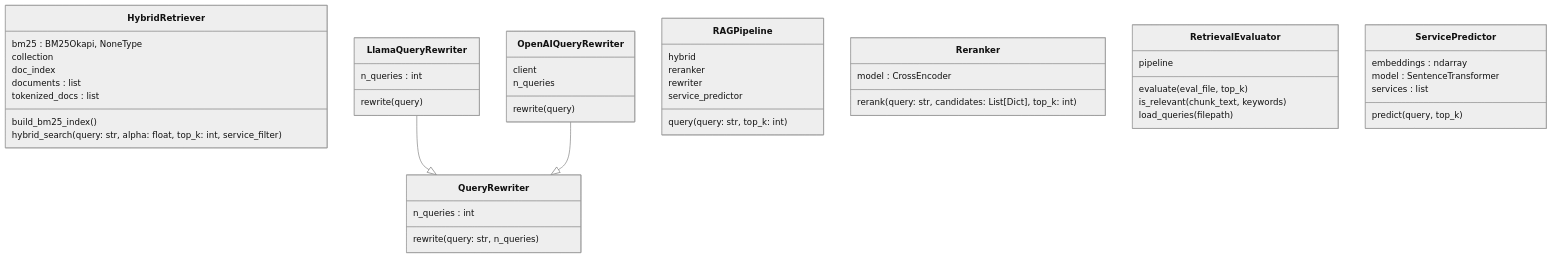
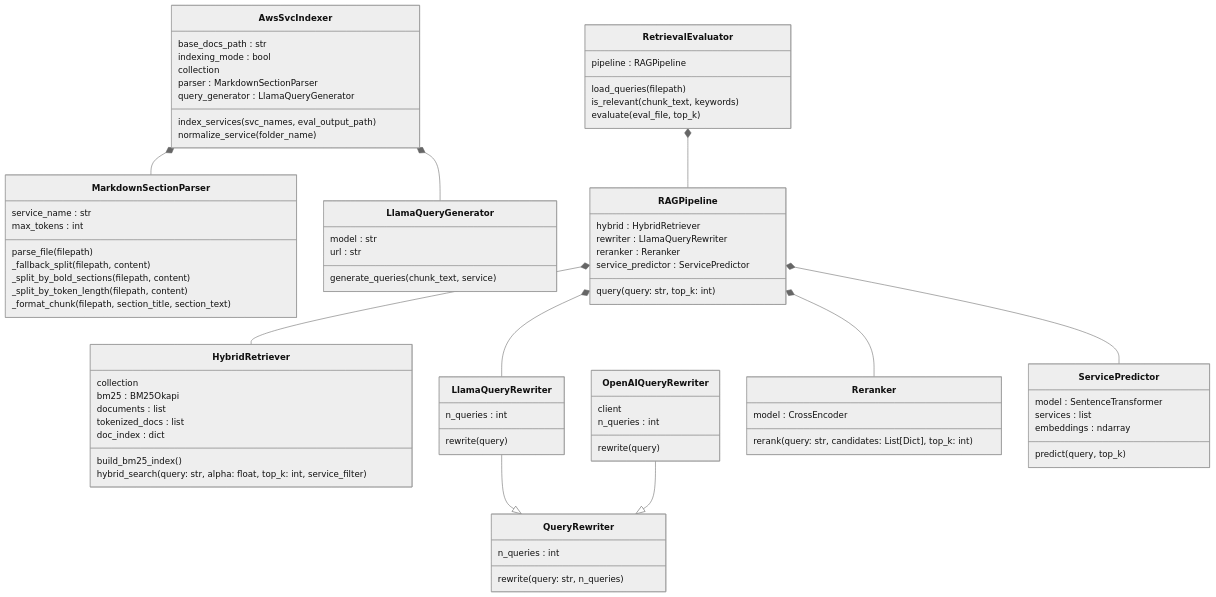
The diagram in docs/classes.mmd (shijujt/total-recall), drawn with Mermaid (neutral theme) before and after one commit. The commit also changed 4 other files, not shown here.

First line of the commit message:
Update Mermaid diagrams to reflect restructured project

```diff
--- a/docs/classes.mmd
+++ b/docs/classes.mmd
@@ -1,48 +1,78 @@
 classDiagram
+  class MarkdownSectionParser {
+    service_name : str
+    max_tokens : int
+    parse_file(filepath)
+    _fallback_split(filepath, content)
+    _split_by_bold_sections(filepath, content)
+    _split_by_token_length(filepath, content)
+    _format_chunk(filepath, section_title, section_text)
+  }
+  class LlamaQueryGenerator {
+    model : str
+    url : str
+    generate_queries(chunk_text, service)
+  }
+  class AwsSvcIndexer {
+    base_docs_path : str
+    indexing_mode : bool
+    collection
+    parser : MarkdownSectionParser
+    query_generator : LlamaQueryGenerator
+    index_services(svc_names, eval_output_path)
+    normalize_service(folder_name)
+  }
   class HybridRetriever {
-    bm25 : BM25Okapi, NoneType
     collection
-    doc_index
+    bm25 : BM25Okapi
     documents : list
     tokenized_docs : list
+    doc_index : dict
     build_bm25_index()
     hybrid_search(query: str, alpha: float, top_k: int, service_filter)
+  }
+  class QueryRewriter {
+    n_queries : int
+    rewrite(query: str, n_queries)
   }
   class LlamaQueryRewriter {
     n_queries : int
     rewrite(query)
   }
   class OpenAIQueryRewriter {
     client
-    n_queries
+    n_queries : int
     rewrite(query)
-  }
-  class QueryRewriter {
-    n_queries : int
-    rewrite(query: str, n_queries)
-  }
-  class RAGPipeline {
-    hybrid
-    reranker
-    rewriter
-    service_predictor
-    query(query: str, top_k: int)
   }
   class Reranker {
     model : CrossEncoder
     rerank(query: str, candidates: List[Dict], top_k: int)
   }
-  class RetrievalEvaluator {
-    pipeline
-    evaluate(eval_file, top_k)
-    is_relevant(chunk_text, keywords)
-    load_queries(filepath)
-  }
   class ServicePredictor {
-    embeddings : ndarray
     model : SentenceTransformer
     services : list
+    embeddings : ndarray
     predict(query, top_k)
+  }
+  class RAGPipeline {
+    hybrid : HybridRetriever
+    rewriter : LlamaQueryRewriter
+    reranker : Reranker
+    service_predictor : ServicePredictor
+    query(query: str, top_k: int)
+  }
+  class RetrievalEvaluator {
+    pipeline : RAGPipeline
+    load_queries(filepath)
+    is_relevant(chunk_text, keywords)
+    evaluate(eval_file, top_k)
   }
   LlamaQueryRewriter --|> QueryRewriter
   OpenAIQueryRewriter --|> QueryRewriter
+  AwsSvcIndexer *-- MarkdownSectionParser
+  AwsSvcIndexer *-- LlamaQueryGenerator
+  RAGPipeline *-- HybridRetriever
+  RAGPipeline *-- LlamaQueryRewriter
+  RAGPipeline *-- Reranker
+  RAGPipeline *-- ServicePredictor
+  RetrievalEvaluator *-- RAGPipeline
```
